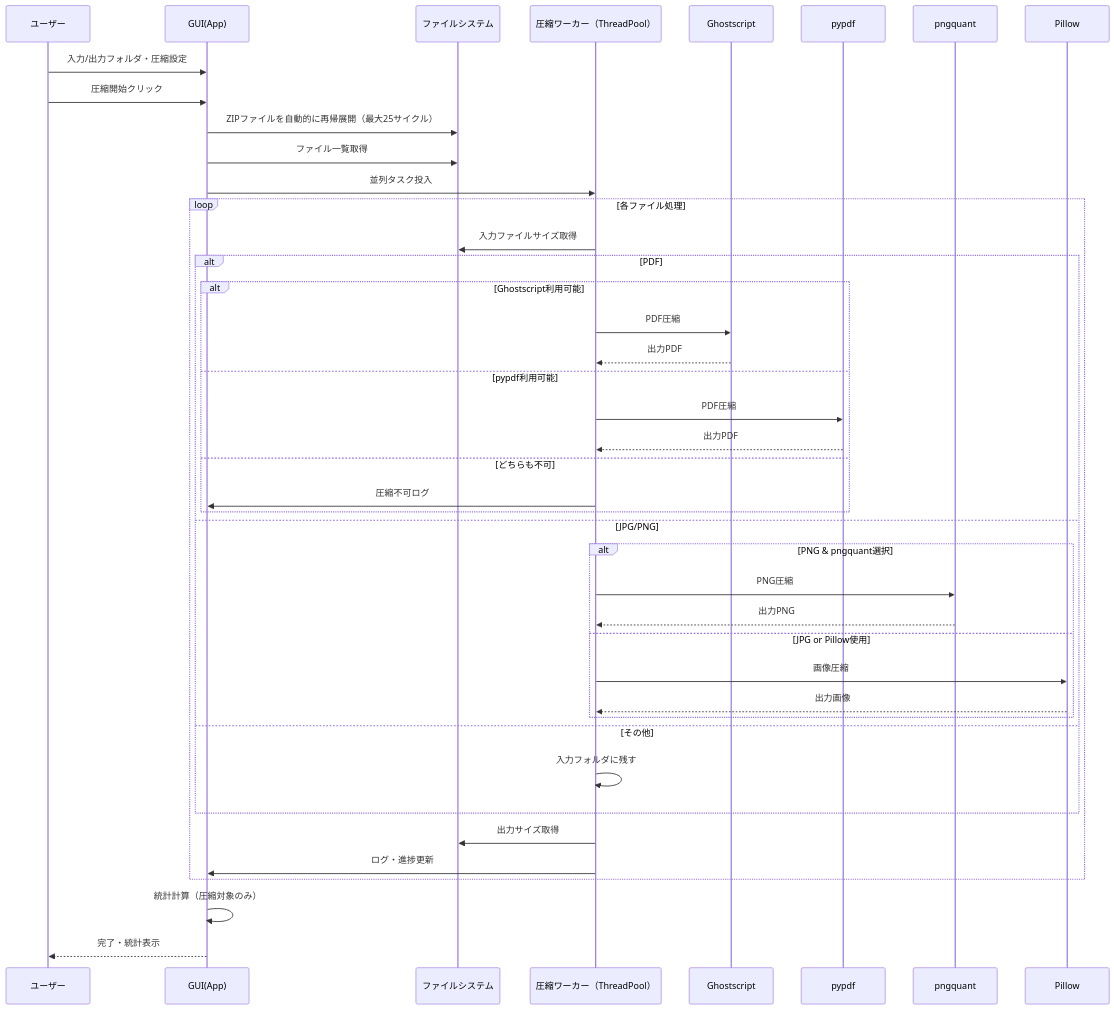
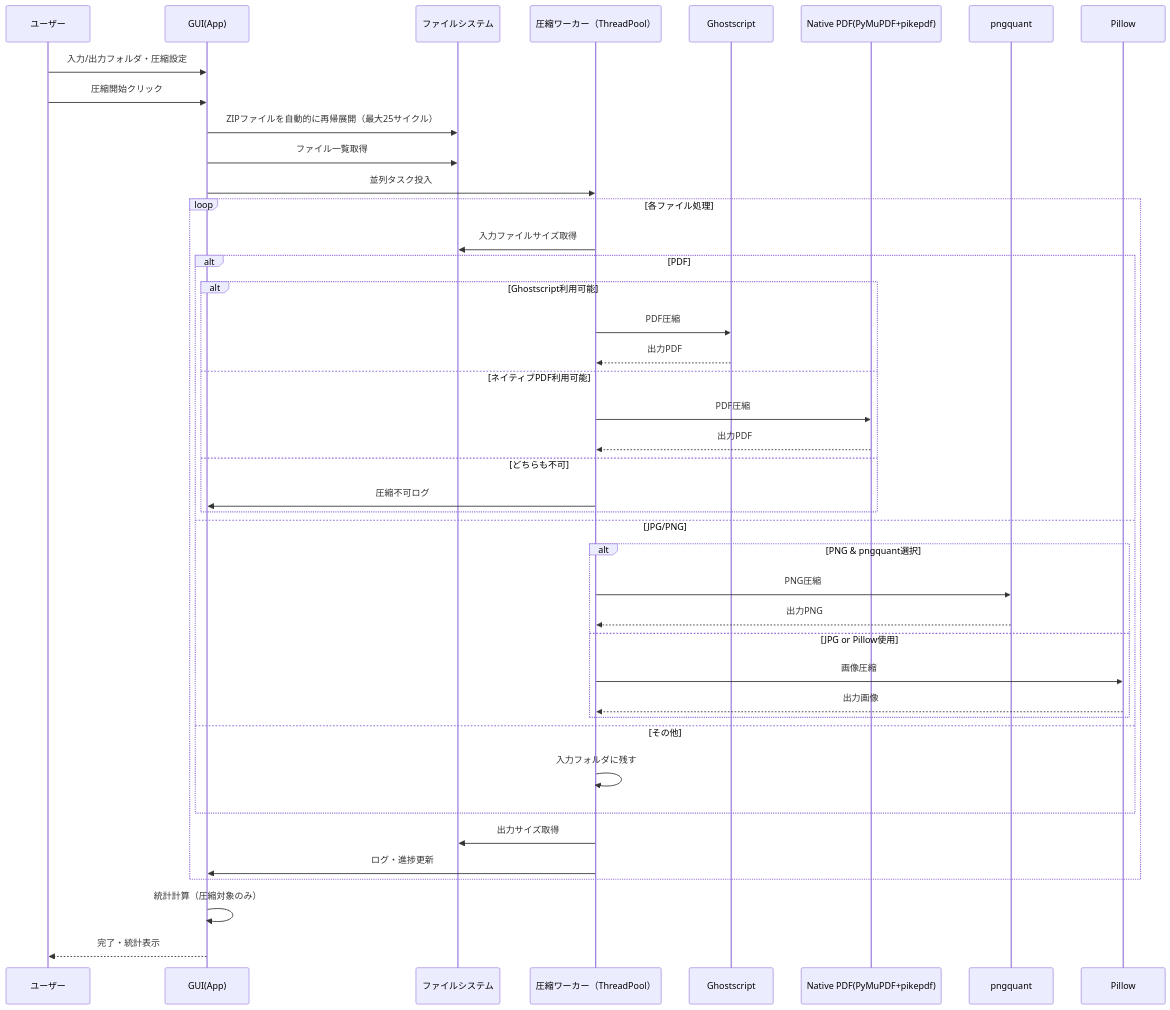
Before and after one commit to sho-kawasaki-dd/pjp_compressor_v2: the second of 3 diagrams in Documentation/flow_sequence_and_class_diagrams.md, drawn with Mermaid. The commit also changed other lines of this file and 33 other files, not shown here.

Commit message:
Front end refactoring view-controller-mapper architecture

````diff
--- a/Documentation/flow_sequence_and_class_diagrams.md
+++ b/Documentation/flow_sequence_and_class_diagrams.md
@@ -38,49 +38,49 @@
 ```mermaid
 sequenceDiagram
     participant User as ユーザー
     participant GUI as GUI(App)
     participant FS as ファイルシステム
     participant Worker as 圧縮ワーカー（ThreadPool）
     participant GS as Ghostscript
-    participant PYPDF as pypdf
+    participant Native as Native PDF(PyMuPDF+pikepdf)
     participant PNGQ as pngquant
     participant PIL as Pillow
 
     User->>GUI: 入力/出力フォルダ・圧縮設定
     User->>GUI: 圧縮開始クリック
     GUI->>FS: ZIPファイルを自動的に再帰展開（最大25サイクル）
     GUI->>FS: ファイル一覧取得
     GUI->>Worker: 並列タスク投入
 
     loop 各ファイル処理
         Worker->>FS: 入力ファイルサイズ取得
-        
+
         alt PDF
             alt Ghostscript利用可能
                 Worker->>GS: PDF圧縮
                 GS-->>Worker: 出力PDF
-            else pypdf利用可能
-                Worker->>PYPDF: PDF圧縮
-                PYPDF-->>Worker: 出力PDF
+            else ネイティブPDF利用可能
+                Worker->>Native: PDF圧縮
+                Native-->>Worker: 出力PDF
             else どちらも不可
                 Worker->>GUI: 圧縮不可ログ
             end
         else JPG/PNG
             alt PNG & pngquant選択
                 Worker->>PNGQ: PNG圧縮
                 PNGQ-->>Worker: 出力PNG
             else JPG or Pillow使用
                 Worker->>PIL: 画像圧縮
                 PIL-->>Worker: 出力画像
             end
         else その他
             Worker->>Worker: 入力フォルダに残す
         end
-        
+
         Worker->>FS: 出力サイズ取得
         Worker->>GUI: ログ・進捗更新
     end
 
     GUI->>GUI: 統計計算（圧縮対象のみ）
     GUI-->>User: 完了・統計表示
 ```
````
